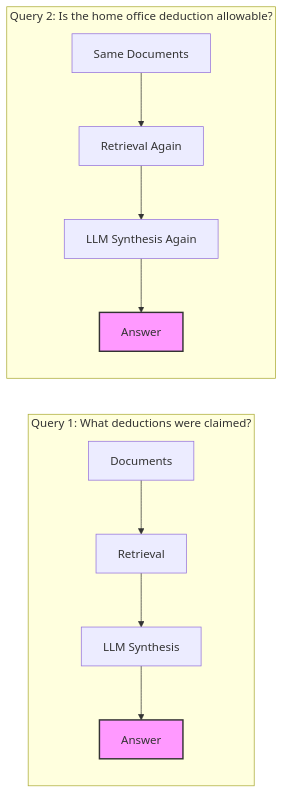
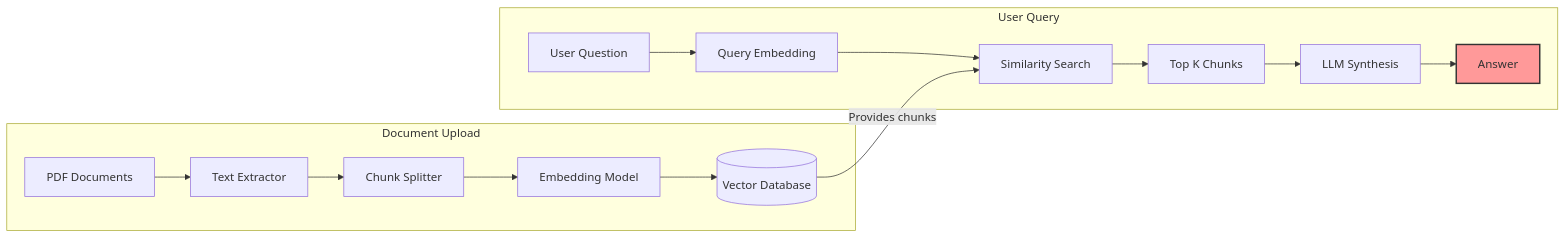
Before and after one commit to anguyenbus/ragflowdemo: the first of 23 diagrams in docs/casewiki-rationale.md, drawn with Mermaid. The commit also changed other lines of this file, not shown here.

````diff
--- a/docs/casewiki-rationale.md
+++ b/docs/casewiki-rationale.md
@@ -51,17 +29,21 @@
 ```mermaid
 flowchart LR
-    subgraph Q1["Query 1: What deductions were claimed?"]
-        D1[Documents] --> R1[Retrieval]
-        R1 --> L1[LLM Synthesis]
-        L1 --> A1[Answer]
+    subgraph Upload["Document Upload"]
+        PDF[PDF Documents] --> Parser[Text Extractor]
+        Parser --> Chunker[Chunk Splitter]
+        Chunker --> Embed[Embedding Model]
+        Embed --> VecDB[(Vector Database)]
     end
 
-    subgraph Q2["Query 2: Is the home office deduction allowable?"]
-        D2[Same Documents] --> R2[Retrieval Again]
-        R2 --> L2[LLM Synthesis Again]
-        L2 --> A2[Answer]
+    subgraph Query["User Query"]
+        Q[User Question] --> QEmb[Query Embedding]
+        QEmb --> Search[Similarity Search]
+        Search --> Result[Top K Chunks]
+        Result --> LLM[LLM Synthesis]
+        LLM --> Ans[Answer]
     end
 
-    style A1 fill:#f9f,stroke:#333,stroke-width:2px
-    style A2 fill:#f9f,stroke:#333,stroke-width:2px
+    VecDB -->|Provides chunks| Search
+
+    style Ans fill:#f99,stroke:#333,stroke-width:2px
 ```
````
